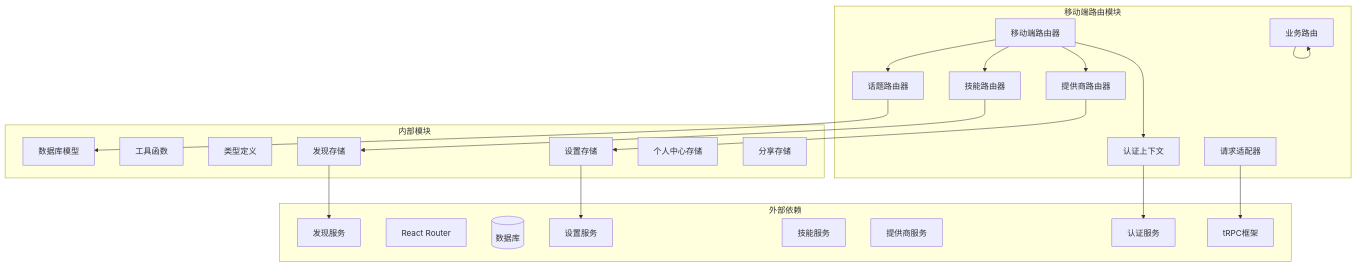
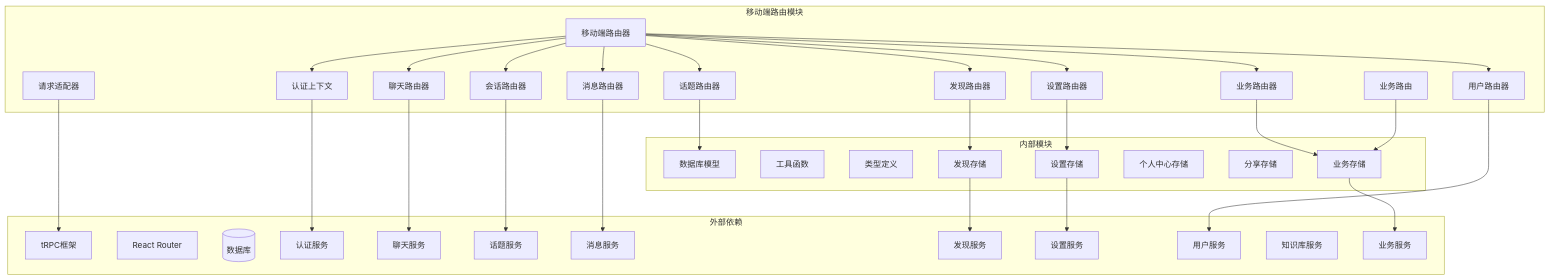
One commit to AvatoLabs/avato changed diagram 12 of 12 in .qoder/repowiki/zh/content/API 接口文档/tRPC 接口规范/移动端路由模块.md. Above: the diagram before and after it, drawn with Mermaid. The commit also changed other lines of this file and 26 other files, not shown here.

````diff
--- a/.qoder/repowiki/zh/content/API 接口文档/tRPC 接口规范/移动端路由模块.md
+++ b/.qoder/repowiki/zh/content/API 接口文档/tRPC 接口规范/移动端路由模块.md
@@ -435,43 +498,64 @@
 ```mermaid
 graph TD
 subgraph "移动端路由模块"
 MobileRouter[移动端路由器]
 TopicRouter[话题路由器]
-SkillRouter[技能路由器]
-ProviderRouter[提供商路由器]
+ChatRouter[聊天路由器]
+MessageRouter[消息路由器]
+SessionRouter[会话路由器]
+DiscoverRouter[发现路由器]
+SettingsRouter[设置路由器]
+UserRouter[用户路由器]
+BusinessRouter[业务路由器]
 Context[认证上下文]
 Adapter[请求适配器]
 BusinessRoutes[业务路由]
 end
 subgraph "外部依赖"
 TRPC[tRPC框架]
 React[React Router]
 Database[(数据库)]
 Auth[认证服务]
-SkillService[技能服务]
-ProviderService[提供商服务]
+ChatService[聊天服务]
+TopicService[话题服务]
+MessageService[消息服务]
 DiscoverService[发现服务]
 SettingsService[设置服务]
+UserService[用户服务]
+KnowledgeBaseService[知识库服务]
+BusinessService[业务服务]
 end
 subgraph "内部模块"
 DBModels[数据库模型]
 Utils[工具函数]
 Types[类型定义]
 DiscoverStore[发现存储]
 SettingsStore[设置存储]
 MeStore[个人中心存储]
 ShareStore[分享存储]
+BusinessStore[业务存储]
 end
 MobileRouter --> TopicRouter
-MobileRouter --> SkillRouter
-MobileRouter --> ProviderRouter
+MobileRouter --> ChatRouter
+MobileRouter --> MessageRouter
+MobileRouter --> SessionRouter
+MobileRouter --> DiscoverRouter
+MobileRouter --> SettingsRouter
+MobileRouter --> UserRouter
+MobileRouter --> BusinessRouter
 MobileRouter --> Context
 TopicRouter --> DBModels
-SkillRouter --> DiscoverStore
-ProviderRouter --> SettingsStore
+ChatRouter --> ChatService
+MessageRouter --> MessageService
+SessionRouter --> TopicService
+DiscoverRouter --> DiscoverStore
+SettingsRouter --> SettingsStore
+UserRouter --> UserService
+BusinessRouter --> BusinessStore
 Context --> Auth
 Adapter --> TRPC
-BusinessRoutes --> BusinessRoutes
+BusinessRoutes --> BusinessStore
 DiscoverStore --> DiscoverService
 SettingsStore --> SettingsService
+BusinessStore --> BusinessService
 ```
````
